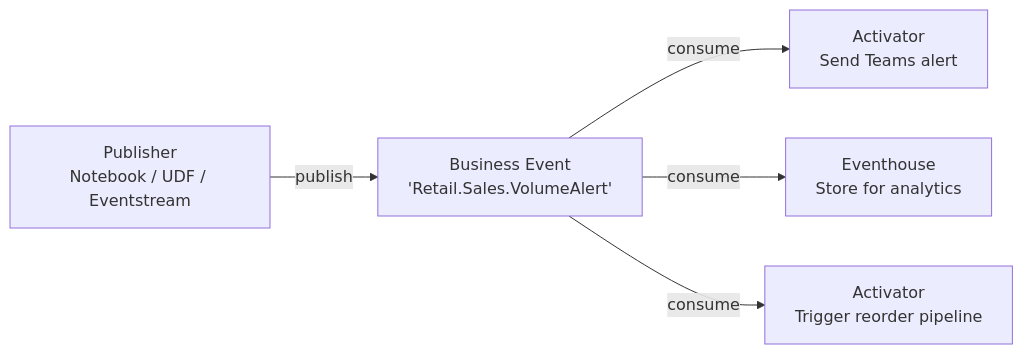
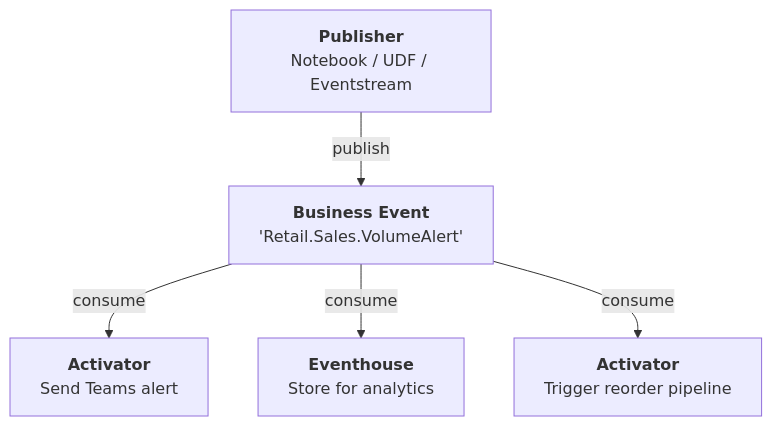
Before and after one commit to microsoft/fabric-events: the first of 4 diagrams in docs/business-events/design-guides/multi-consumer-fanout.md, drawn with Mermaid. The commit also changed other lines of this file and 225 other files, not shown here.

First line of the commit message:
Publish public Business Events scenarios and refreshed documentation

````diff
--- a/docs/business-events/design-guides/multi-consumer-fanout.md
+++ b/docs/business-events/design-guides/multi-consumer-fanout.md
@@ -7,7 +7,13 @@
 ```mermaid
-flowchart LR
-    P[Publisher\nNotebook / UDF / Eventstream] -->|publish| BE[Business Event\n'Retail.Sales.VolumeAlert']
-    BE -->|consume| A[Activator\nSend Teams alert]
-    BE -->|consume| B[Eventhouse\nStore for analytics]
-    BE -->|consume| C[Activator\nTrigger reorder pipeline]
+flowchart TB
+    P["<b>Publisher</b><br/>Notebook / UDF / Eventstream"]
+    BE["<b>Business Event</b><br/>'Retail.Sales.VolumeAlert'"]
+    A["<b>Activator</b><br/>Send Teams alert"]
+    B["<b>Eventhouse</b><br/>Store for analytics"]
+    C["<b>Activator</b><br/>Trigger reorder pipeline"]
+
+    P -->|"publish"| BE
+    BE -->|"consume"| A
+    BE -->|"consume"| B
+    BE -->|"consume"| C
 ```
````
